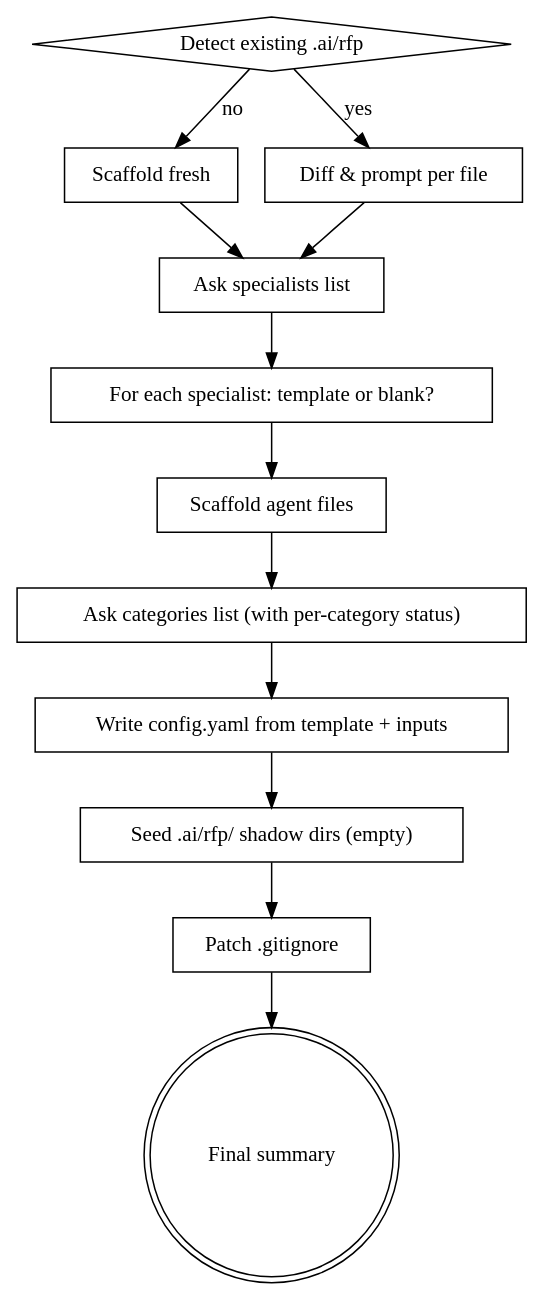
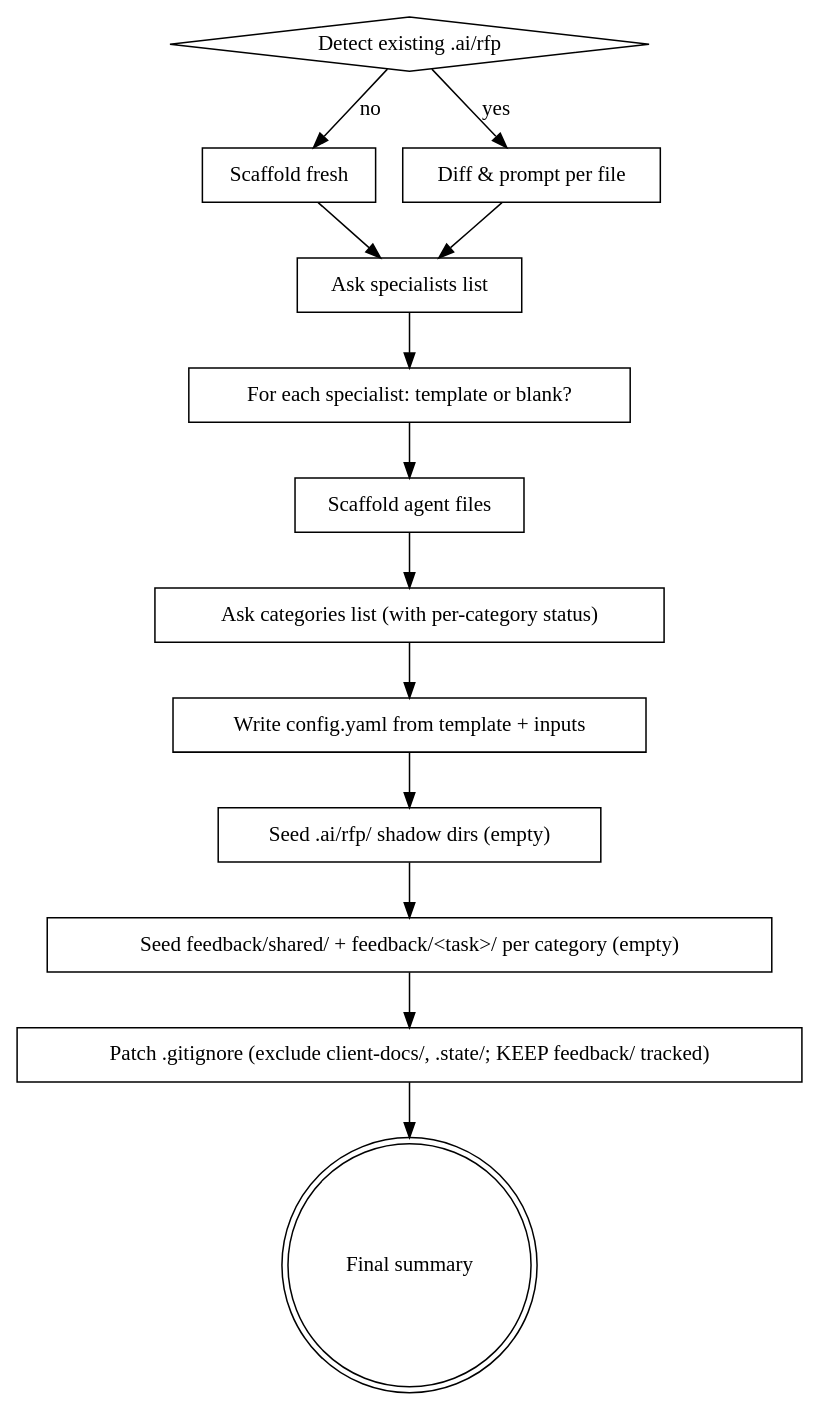
Before and after one commit to easingthemes/dx-aem-flow: the first of 2 diagrams in docs/research/2026-04-14-dx-rfp-plugin-plan.md, drawn with Graphviz. The commit also changed other lines of this file and 3 other files, not shown here.

````diff
--- a/docs/research/2026-04-14-dx-rfp-plugin-plan.md
+++ b/docs/research/2026-04-14-dx-rfp-plugin-plan.md
@@ -378,27 +447,29 @@
 ```dot
 digraph rfp_init {
   "Detect existing .ai/rfp" [shape=diamond];
   "Scaffold fresh" [shape=box];
   "Diff & prompt per file" [shape=box];
   "Ask specialists list" [shape=box];
   "For each specialist: template or blank?" [shape=box];
   "Scaffold agent files" [shape=box];
   "Ask categories list (with per-category status)" [shape=box];
   "Write config.yaml from template + inputs" [shape=box];
   "Seed .ai/rfp/ shadow dirs (empty)" [shape=box];
-  "Patch .gitignore" [shape=box];
+  "Seed feedback/shared/ + feedback/<task>/ per category (empty)" [shape=box];
+  "Patch .gitignore (exclude client-docs/, .state/; KEEP feedback/ tracked)" [shape=box];
   "Final summary" [shape=doublecircle];
 
   "Detect existing .ai/rfp" -> "Scaffold fresh" [label="no"];
   "Detect existing .ai/rfp" -> "Diff & prompt per file" [label="yes"];
   "Scaffold fresh" -> "Ask specialists list";
   "Diff & prompt per file" -> "Ask specialists list";
   "Ask specialists list" -> "For each specialist: template or blank?";
   "For each specialist: template or blank?" -> "Scaffold agent files";
   "Scaffold agent files" -> "Ask categories list (with per-category status)";
   "Ask categories list (with per-category status)" -> "Write config.yaml from template + inputs";
   "Write config.yaml from template + inputs" -> "Seed .ai/rfp/ shadow dirs (empty)";
-  "Seed .ai/rfp/ shadow dirs (empty)" -> "Patch .gitignore";
-  "Patch .gitignore" -> "Final summary";
+  "Seed .ai/rfp/ shadow dirs (empty)" -> "Seed feedback/shared/ + feedback/<task>/ per category (empty)";
+  "Seed feedback/shared/ + feedback/<task>/ per category (empty)" -> "Patch .gitignore (exclude client-docs/, .state/; KEEP feedback/ tracked)";
+  "Patch .gitignore (exclude client-docs/, .state/; KEEP feedback/ tracked)" -> "Final summary";
 }
 ```
````
